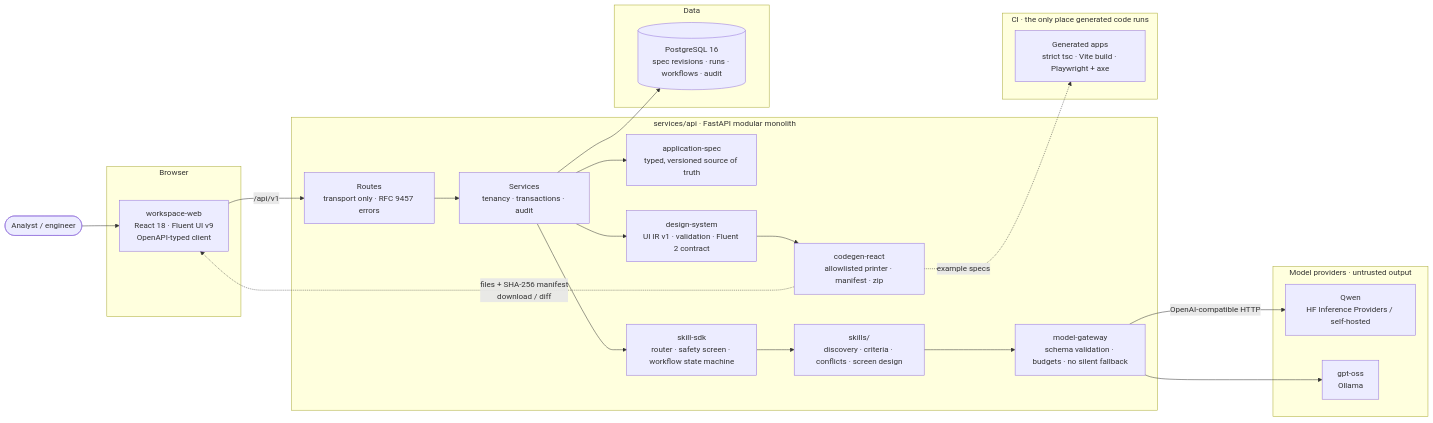
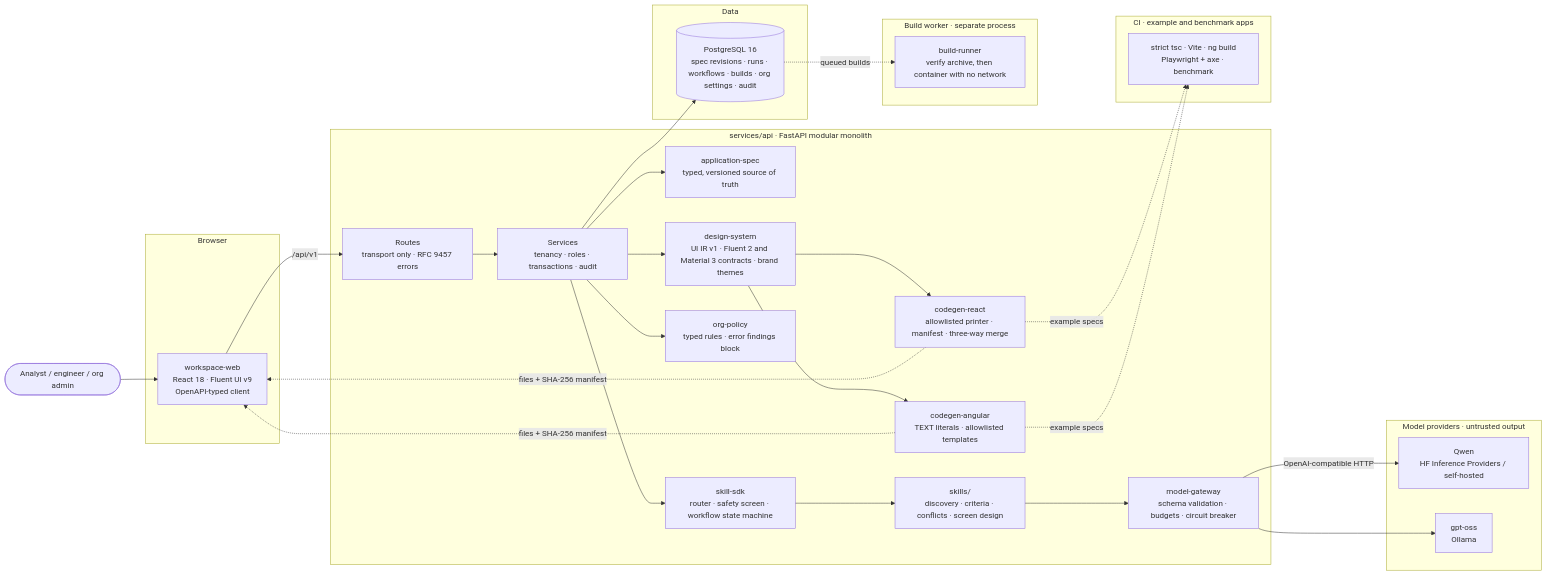
Before and after one commit to joyrana/enterprise-ai-application-workspace: the first of 5 diagrams in README.md, drawn with Mermaid. The commit also changed other lines of this file, not shown here.

First line of the commit message:
docs(readme): status, architecture diagram, capabilities, layout and roadmap for milestones 4-8

````diff
--- a/README.md
+++ b/README.md
@@ -27,38 +27,47 @@
 ```mermaid
 flowchart LR
-  user(["Analyst / engineer"]) --> web
+  user(["Analyst / engineer / org admin"]) --> web
 
   subgraph browser["Browser"]
     web["workspace-web<br/>React 18 · Fluent UI v9<br/>OpenAPI-typed client"]
   end
 
   subgraph api["services/api · FastAPI modular monolith"]
-    routes["Routes<br/>transport only · RFC 9457 errors"] --> svc["Services<br/>tenancy · transactions · audit"]
+    routes["Routes<br/>transport only · RFC 9457 errors"] --> svc["Services<br/>tenancy · roles · transactions · audit"]
     svc --> spec["application-spec<br/>typed, versioned source of truth"]
     svc --> sdk["skill-sdk<br/>router · safety screen · workflow state machine"]
     sdk --> skills["skills/<br/>discovery · criteria · conflicts · screen design"]
-    skills --> gw["model-gateway<br/>schema validation · budgets · no silent fallback"]
-    svc --> ds["design-system<br/>UI IR v1 · validation · Fluent 2 contract"]
-    ds --> cg["codegen-react<br/>allowlisted printer · manifest · zip"]
+    skills --> gw["model-gateway<br/>schema validation · budgets · circuit breaker"]
+    svc --> pol["org-policy<br/>typed rules · error findings block"]
+    svc --> ds["design-system<br/>UI IR v1 · Fluent 2 and Material 3 contracts · brand themes"]
+    ds --> cgr["codegen-react<br/>allowlisted printer · manifest · three-way merge"]
+    ds --> cga["codegen-angular<br/>TEXT literals · allowlisted templates"]
   end
 
   subgraph data["Data"]
-    db[("PostgreSQL 16<br/>spec revisions · runs · workflows · audit")]
+    db[("PostgreSQL 16<br/>spec revisions · runs · workflows · builds · org settings · audit")]
   end
 
   subgraph models["Model providers · untrusted output"]
     hf["Qwen<br/>HF Inference Providers / self-hosted"]
     ol["gpt-oss<br/>Ollama"]
   end
 
-  subgraph ci["CI · the only place generated code runs"]
-    build["Generated apps<br/>strict tsc · Vite build · Playwright + axe"]
+  subgraph runner["Build worker · separate process"]
+    br["build-runner<br/>verify archive, then container with no network"]
+  end
+
+  subgraph ci["CI · example and benchmark apps"]
+    build["strict tsc · Vite · ng build<br/>Playwright + axe · benchmark"]
   end
 
   web -- "/api/v1" --> routes
   svc --> db
   gw -- "OpenAI-compatible HTTP" --> hf
   gw --> ol
-  cg -. "files + SHA-256 manifest<br/>download / diff" .-> web
-  cg -. "example specs" .-> build
+  cgr -. "files + SHA-256 manifest" .-> web
+  cga -. "files + SHA-256 manifest" .-> web
+  db -. "queued builds" .-> br
+  cgr -. "example specs" .-> build
+  cga -. "example specs" .-> build
 ```
````
